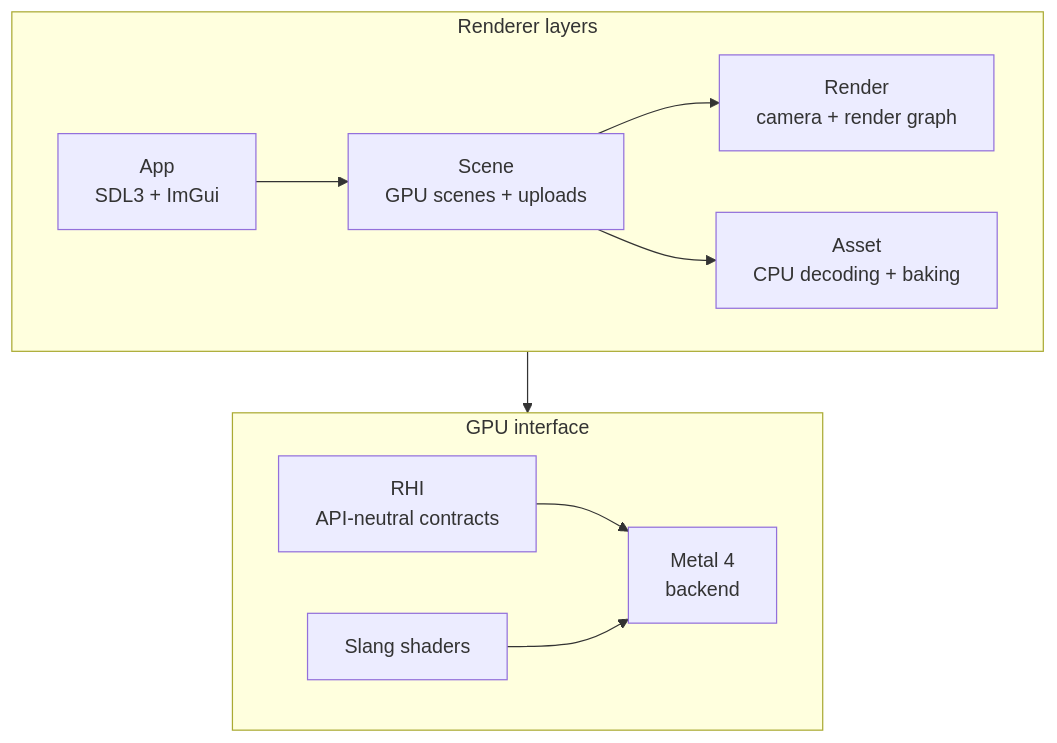
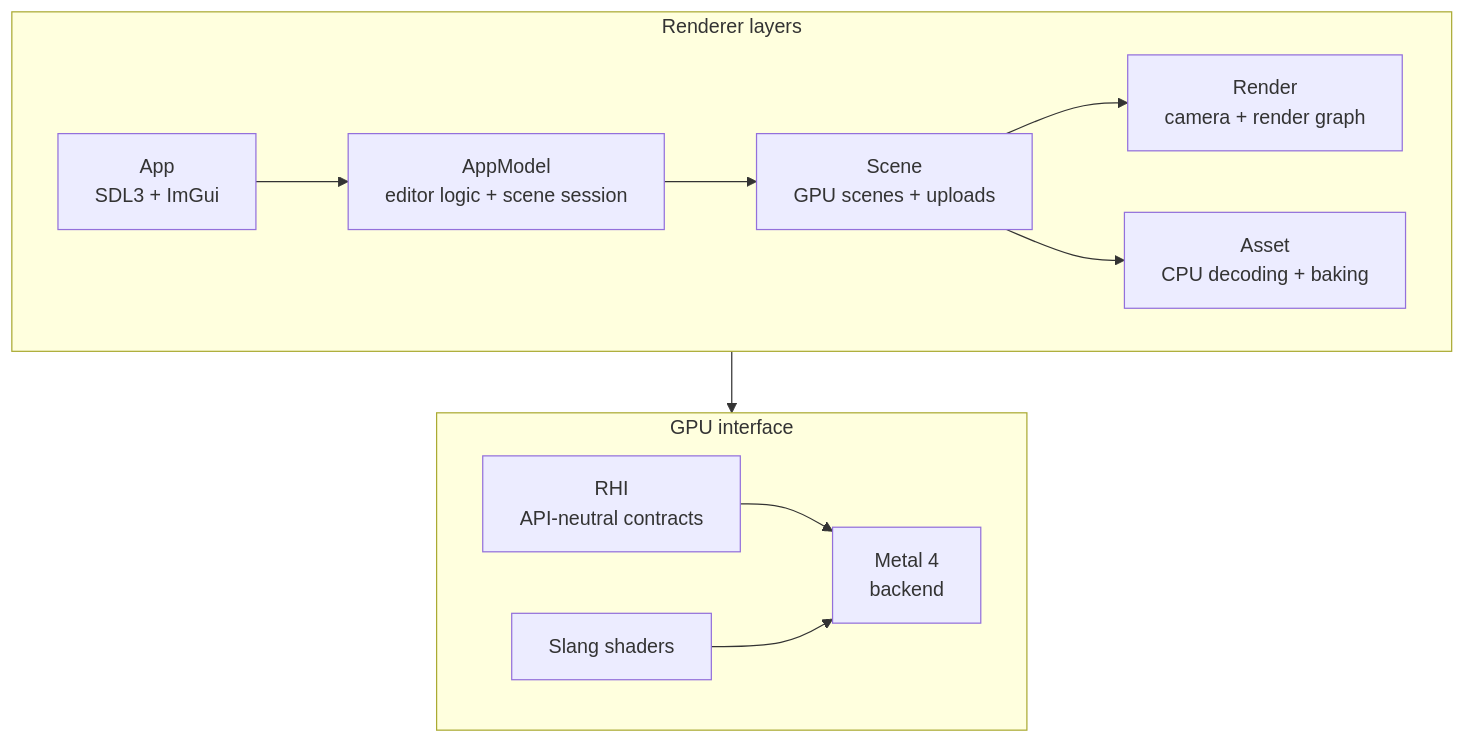
The second of 2 diagrams in README.md (AmanThuL/Luminex), drawn with Mermaid before and after one commit. The commit also changed other lines of this file and 82 other files, not shown here.

Commit message:
app: share scene sessions and link editor models

````diff
--- a/README.md
+++ b/README.md
@@ -127,14 +127,14 @@
 ```mermaid
 flowchart TB
     subgraph Layers["Renderer layers"]
         direction LR
-        App["App<br/>SDL3 + ImGui"] --> Scene["Scene<br/>GPU scenes + uploads"] --> Render["Render<br/>camera + render graph"]
+        App["App<br/>SDL3 + ImGui"] --> AppModel["AppModel<br/>editor logic + scene session"] --> Scene["Scene<br/>GPU scenes + uploads"] --> Render["Render<br/>camera + render graph"]
         Scene --> Asset["Asset<br/>CPU decoding + baking"]
     end
     subgraph GPU["GPU interface"]
         direction LR
         RHI["RHI<br/>API-neutral contracts"] --> Metal["Metal 4<br/>backend"]
         Shaders["Slang shaders"] --> Metal
     end
     Render --> RHI
 ```
````
